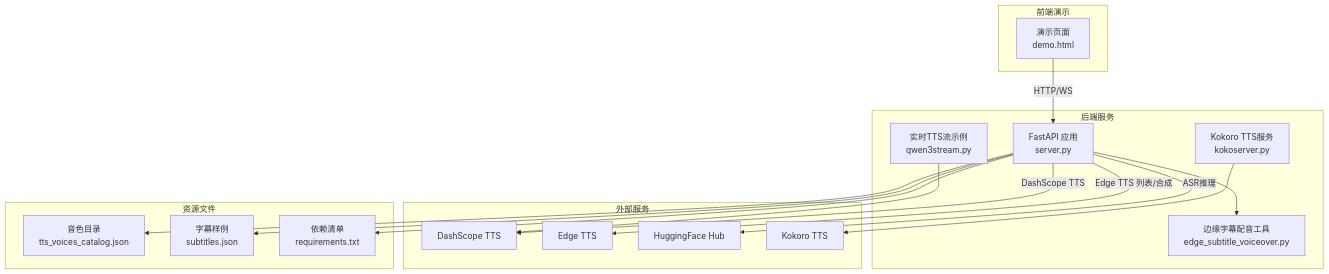
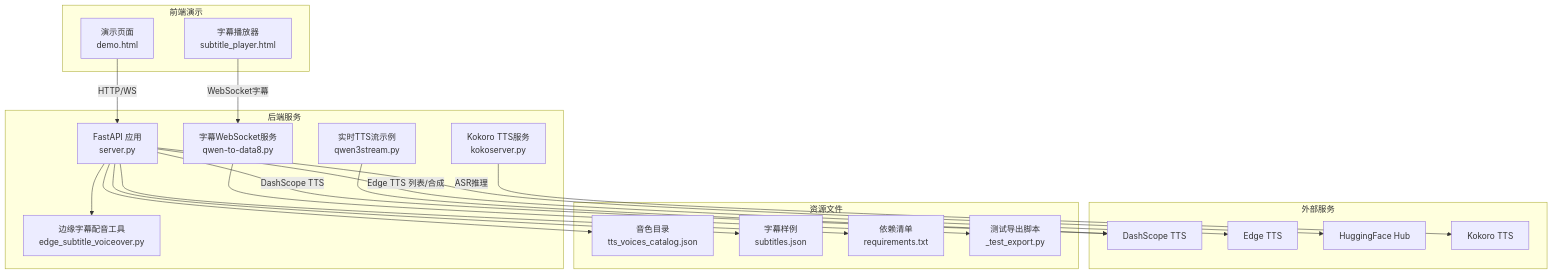
One commit to 1024dashen/Vue3Speech changed the first of 5 diagrams in .qoder/repowiki/zh/content/后端服务架构/API端点设计.md. Above: the diagram before and after it, drawn with Mermaid. The commit also changed other lines of this file and 15 other files, not shown here.

````diff
--- a/.qoder/repowiki/zh/content/后端服务架构/API端点设计.md
+++ b/.qoder/repowiki/zh/content/后端服务架构/API端点设计.md
@@ -43,33 +46,38 @@
 ```mermaid
 graph TB
 subgraph "后端服务"
 S["FastAPI 应用<br/>server.py"]
 E["边缘字幕配音工具<br/>edge_subtitle_voiceover.py"]
 Q["实时TTS流示例<br/>qwen3stream.py"]
 K["Kokoro TTS服务<br/>kokoserver.py"]
+D8["字幕WebSocket服务<br/>qwen-to-data8.py"]
 end
 subgraph "前端演示"
 D["演示页面<br/>demo.html"]
+SP["字幕播放器<br/>subtitle_player.html"]
 end
 subgraph "外部服务"
 DS["DashScope TTS"]
 ET["Edge TTS"]
 HF["HuggingFace Hub"]
 KK["Kokoro TTS"]
 end
 subgraph "资源文件"
 TV["音色目录<br/>tts_voices_catalog.json"]
 SB["字幕样例<br/>subtitles.json"]
 REQ["依赖清单<br/>requirements.txt"]
+TE["测试导出脚本<br/>_test_export.py"]
 end
 D --> |"HTTP/WS"| S
+SP --> |"WebSocket字幕"| D8
 S --> |"ASR推理"| HF
 S --> |"DashScope TTS"| DS
 S --> |"Edge TTS 列表/合成"| ET
 S --> E
 Q --> DS
 S --> TV
 S --> SB
 S --> REQ
 K --> KK
+D8 --> TE
 ```
````
